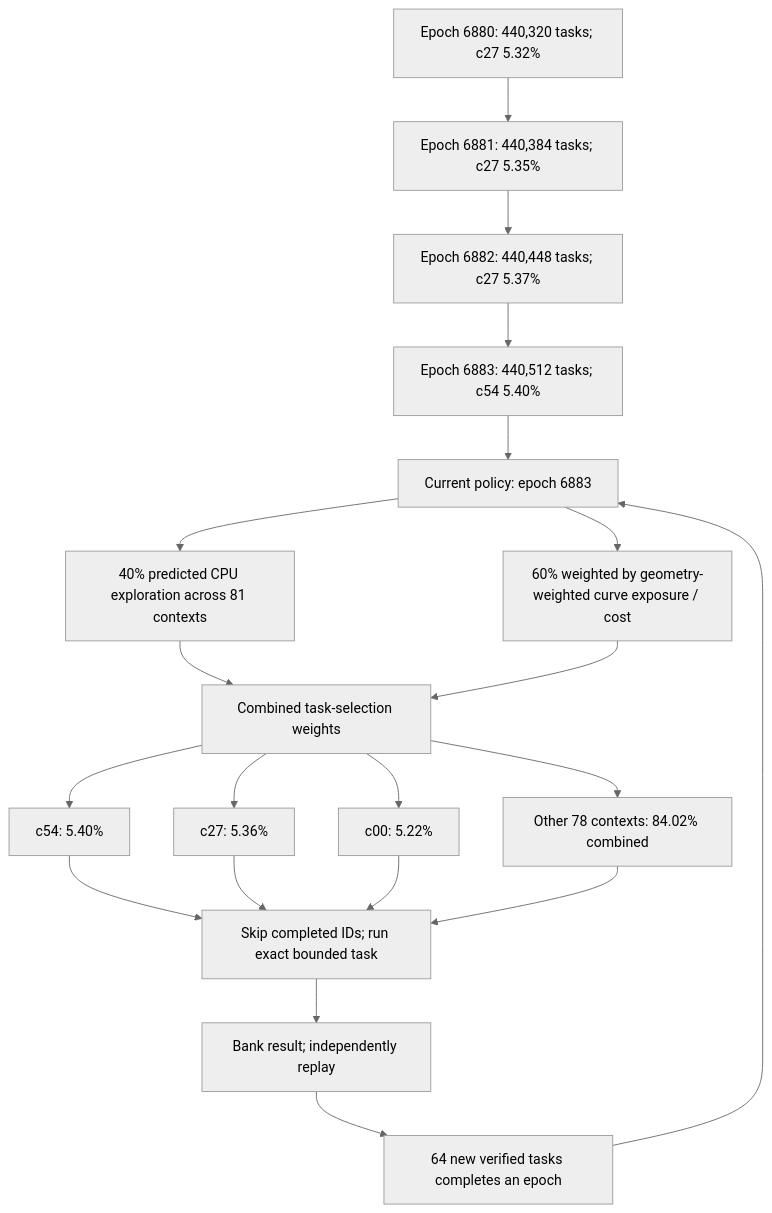
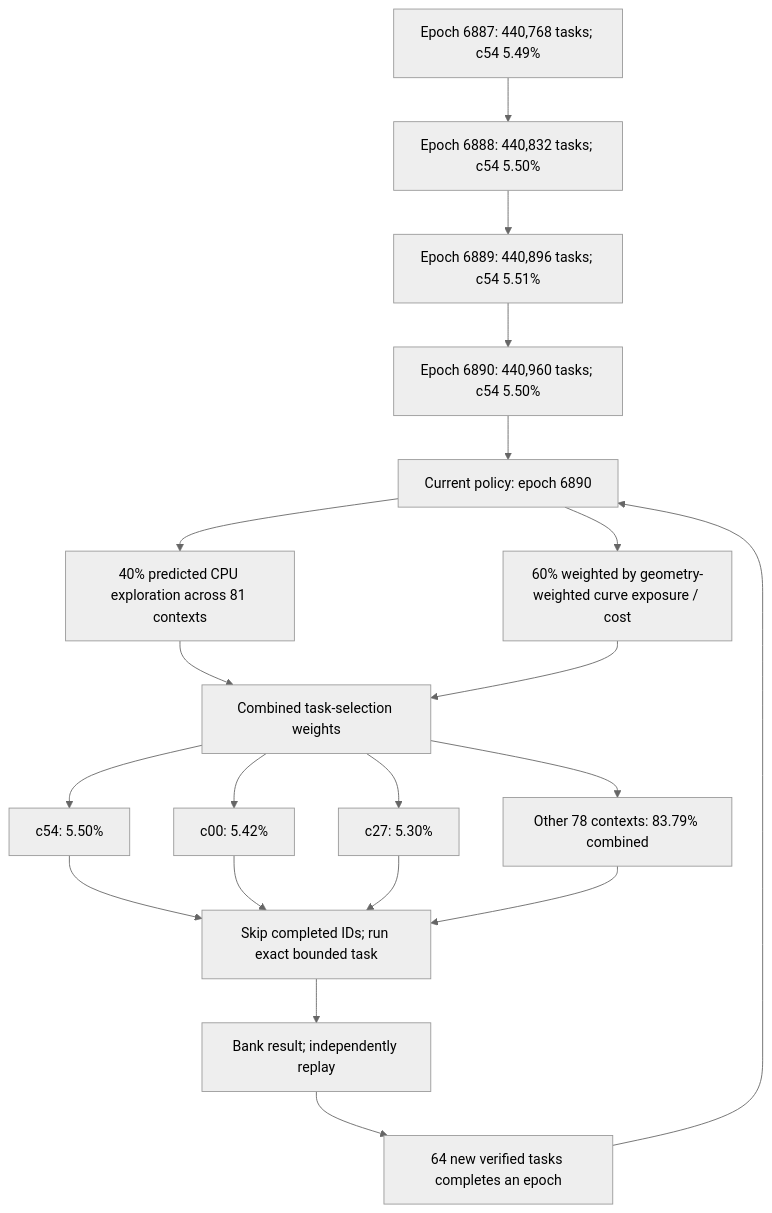
Before and after one commit to Kuberwastaken/math-gambling: the first of 4 diagrams in README.md, drawn with Mermaid (neutral theme). The commit also changed other lines of this file and 989 other files, not shown here.

````diff
--- a/README.md
+++ b/README.md
@@ -60,27 +60,27 @@
 ```mermaid
 flowchart TD
-    H0["Epoch 6880: 440,320 tasks; c27 5.32%"]
-    H1["Epoch 6881: 440,384 tasks; c27 5.35%"]
+    H0["Epoch 6887: 440,768 tasks; c54 5.49%"]
+    H1["Epoch 6888: 440,832 tasks; c54 5.50%"]
     H0 --> H1
-    H2["Epoch 6882: 440,448 tasks; c27 5.37%"]
+    H2["Epoch 6889: 440,896 tasks; c54 5.51%"]
     H1 --> H2
-    H3["Epoch 6883: 440,512 tasks; c54 5.40%"]
+    H3["Epoch 6890: 440,960 tasks; c54 5.50%"]
     H2 --> H3
-    Policy["Current policy: epoch 6883"]
+    Policy["Current policy: epoch 6890"]
     H3 --> Policy
     Policy --> Explore["40% predicted CPU exploration across 81 contexts"]
     Policy --> Cost["60% weighted by geometry-weighted curve exposure / cost"]
     Explore --> Mix["Combined task-selection weights"]
     Cost --> Mix
-    Mix --> C0["c54: 5.40%"]
-    Mix --> C1["c27: 5.36%"]
-    Mix --> C2["c00: 5.22%"]
-    Mix --> Rest["Other 78 contexts: 84.02% combined"]
+    Mix --> C0["c54: 5.50%"]
+    Mix --> C1["c00: 5.42%"]
+    Mix --> C2["c27: 5.30%"]
+    Mix --> Rest["Other 78 contexts: 83.79% combined"]
     C0 --> Check["Skip completed IDs; run exact bounded task"]
     C1 --> Check
     C2 --> Check
     Rest --> Check
     Check --> Replay["Bank result; independently replay"]
     Replay --> Gate["64 new verified tasks completes an epoch"]
     Gate --> Policy
 ```
````
